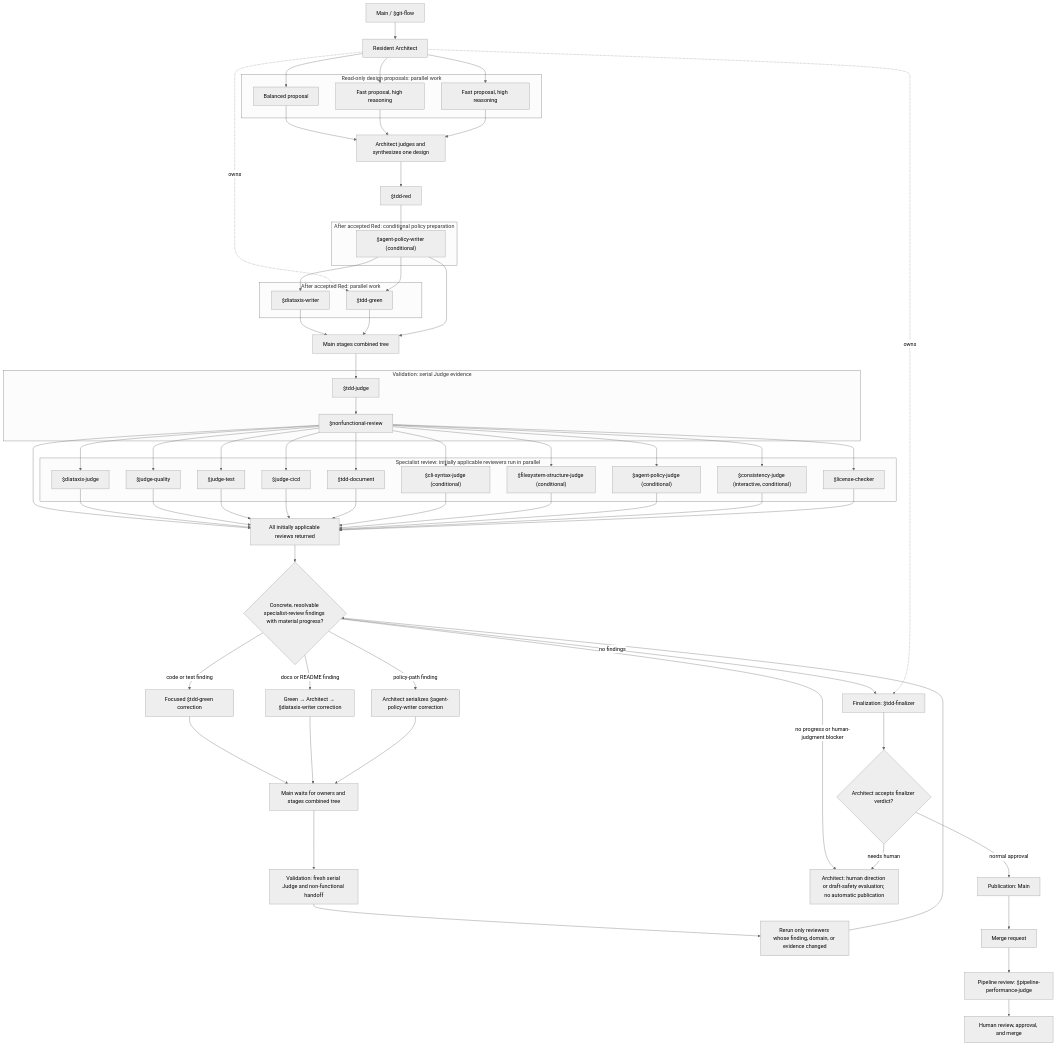
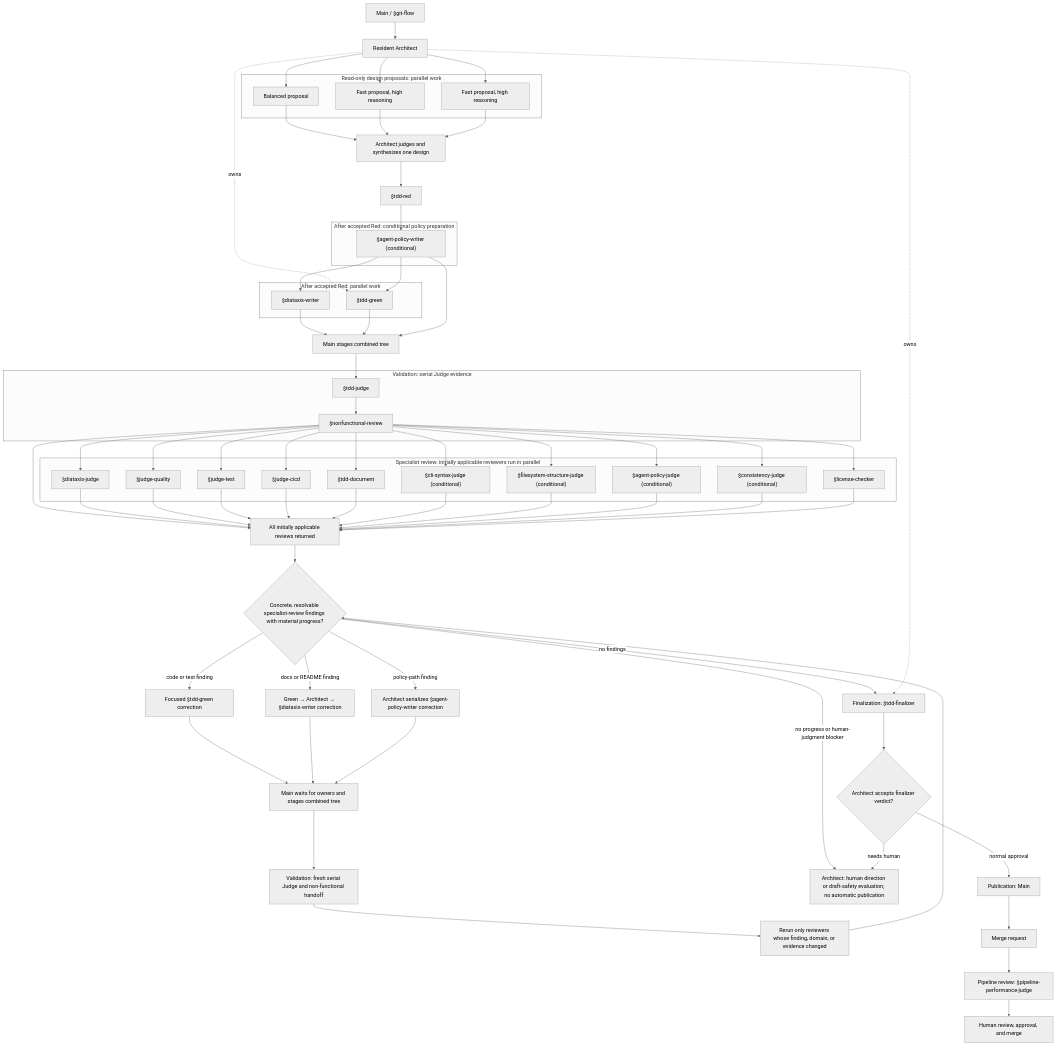
The first of 5 diagrams in docs/explanation/agentic-workflow.md (dfwguy/nvis-ova-agentic-copier), drawn with Mermaid (neutral theme) before and after one commit. The commit also changed other lines of this file and 34 other files, not shown here.

```diff
--- a/docs/explanation/agentic-workflow.md
+++ b/docs/explanation/agentic-workflow.md
@@ -270,7 +287,7 @@
         cli["$cli-syntax-judge (conditional)"]
         filesystem["$filesystem-structure-judge (conditional)"]
         policy["$agent-policy-judge (conditional)"]
-        consistency["$consistency-judge (interactive, conditional)"]
+        consistency["$consistency-judge (conditional)"]
         license["$license-checker"]
     end
     judge --> nonfunctional
```
